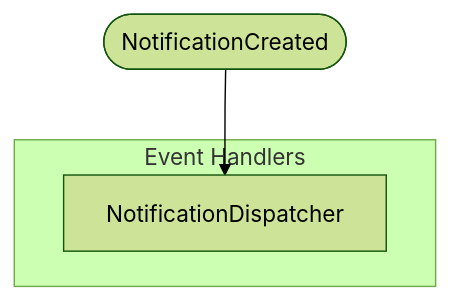
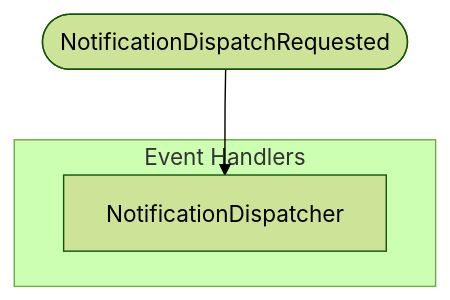
The third of 9 diagrams in docs/notifications/handler-wiring.md (proteanhq/shopstream), drawn with Mermaid (forest theme) before and after one commit. The commit also changed other lines of this file and 33 other files, not shown here.

````diff
--- a/docs/notifications/handler-wiring.md
+++ b/docs/notifications/handler-wiring.md
@@ -37,7 +40,7 @@
 ```mermaid
 flowchart TD
     subgraph event_handlers["Event Handlers"]
         eh_notifications_notification_dispatch_NotificationDispatcher[NotificationDispatcher]
     end
-    evt_notifications_notification_events_NotificationCreated([NotificationCreated]) --> eh_notifications_notification_dispatch_NotificationDispatcher
+    evt_notifications_notification_events_NotificationDispatchRequested([NotificationDispatchRequested]) --> eh_notifications_notification_dispatch_NotificationDispatcher
 ```
````
